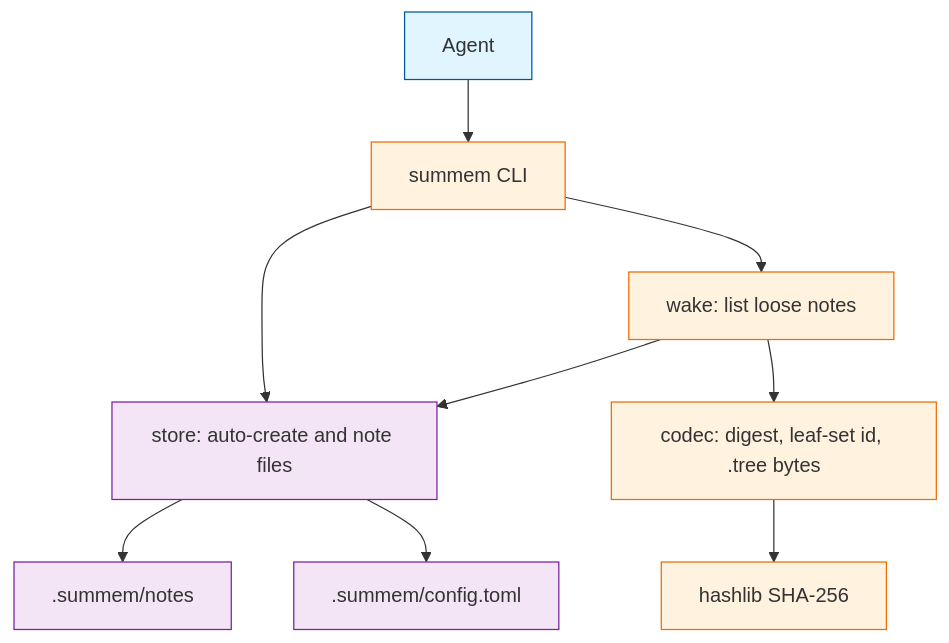
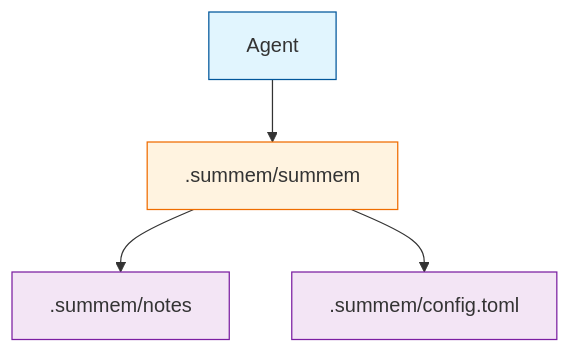
The first of 2 diagrams in memory-bank/active/tasks.md (Texarkanine/SumMem), drawn with Mermaid before and after one commit. The commit also changed other lines of this file and 2 other files, not shown here.

````diff
--- a/memory-bank/active/tasks.md
+++ b/memory-bank/active/tasks.md
@@ -34,15 +39,10 @@
 ```mermaid
 graph TD
+    classDef tool fill:#fff3e0,stroke:#ef6c00;
+    classDef data fill:#f3e5f5,stroke:#7b1fa2;
     classDef agent fill:#e1f5fe,stroke:#01579b;
-    classDef script fill:#fff3e0,stroke:#ef6c00;
-    classDef store fill:#f3e5f5,stroke:#7b1fa2;
 
-    Agent["Agent"]:::agent --> CLI["summem CLI"]:::script
-    CLI --> Store["store: auto-create and note files"]:::store
-    CLI --> Wake["wake: list loose notes"]:::script
-    Wake --> Store
-    Wake --> Codec["codec: digest, leaf-set id, .tree bytes"]:::script
-    Store --> Notes[".summem/notes"]:::store
-    Store --> Cfg[".summem/config.toml"]:::store
-    Codec --> Hash["hashlib SHA-256"]:::script
+    Agent["Agent"]:::agent --> Script[".summem/summem"]:::tool
+    Script --> Notes[".summem/notes"]:::data
+    Script --> Cfg[".summem/config.toml"]:::data
 ```
````
